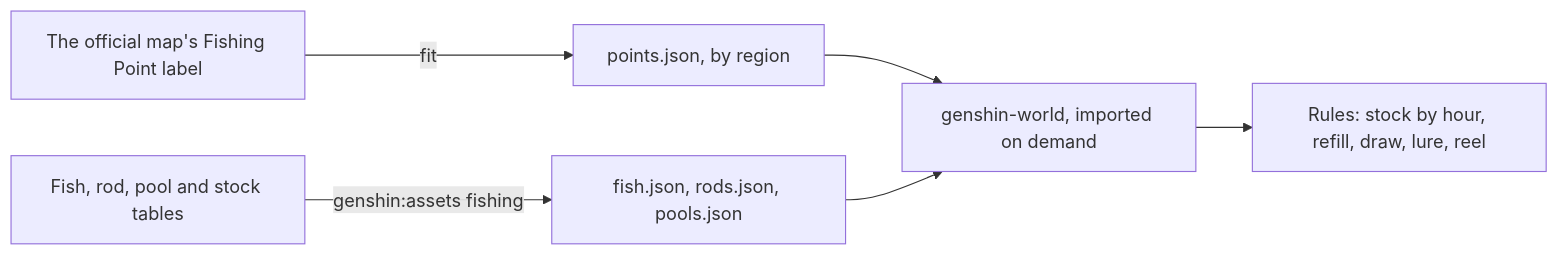
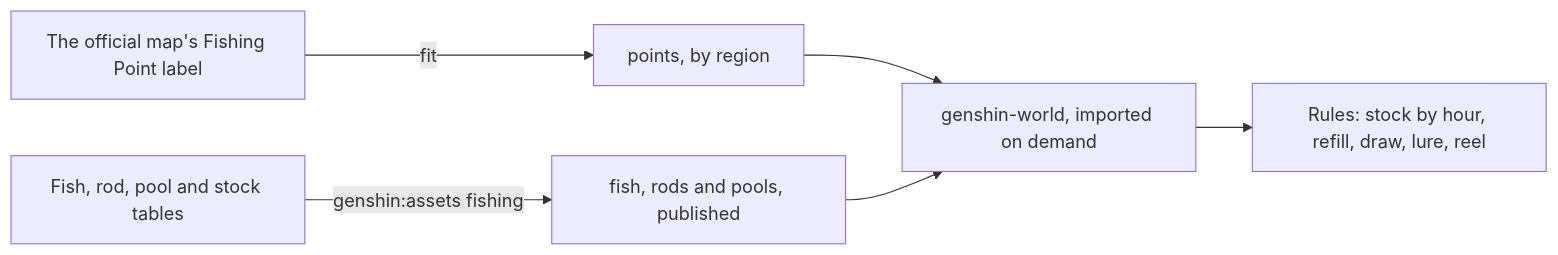
The first of 2 diagrams in apps/web/content/docs/genshin/fishing.md (Esposter/Esposter), drawn with Mermaid before and after one commit. The commit also changed other lines of this file and 10 other files, not shown here.

First line of the commit message:
docs(genshin): the map-point, offering, gathering and fishing pages describe their steps publishing to the game data

````diff
--- a/apps/web/content/docs/genshin/fishing.md
+++ b/apps/web/content/docs/genshin/fishing.md
@@ -12,8 +12,8 @@
 ```mermaid
 flowchart LR
-  MAP["The official map's Fishing Point label"] -->|"fit"| P["points.json, by region"]
-  TABLES["Fish, rod, pool and stock tables"] -->|"genshin:assets fishing"| S["fish.json, rods.json, pools.json"]
+  MAP["The official map's Fishing Point label"] -->|"fit"| P["points, by region"]
+  TABLES["Fish, rod, pool and stock tables"] -->|"genshin:assets fishing"| S["fish, rods and pools, published"]
   P --> W["genshin-world, imported on demand"]
   S --> W
   W --> R["Rules: stock by hour, refill, draw, lure, reel"]
 ```
````
